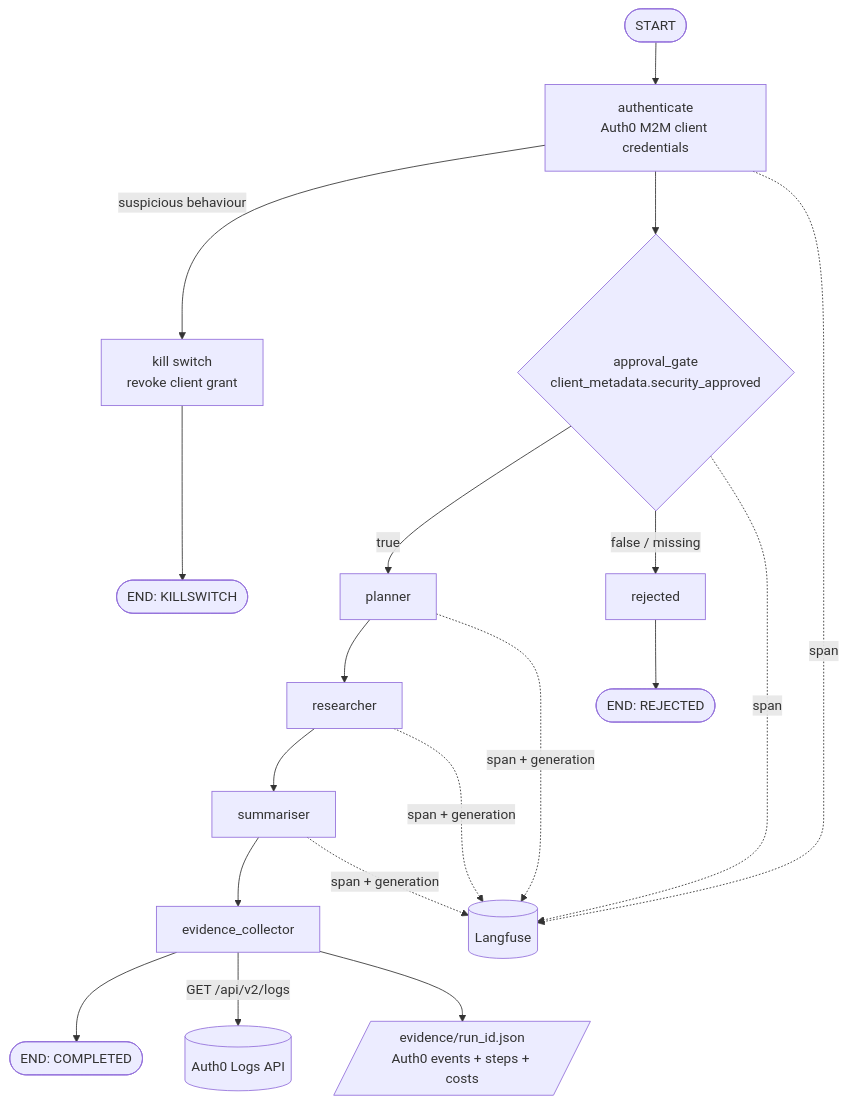
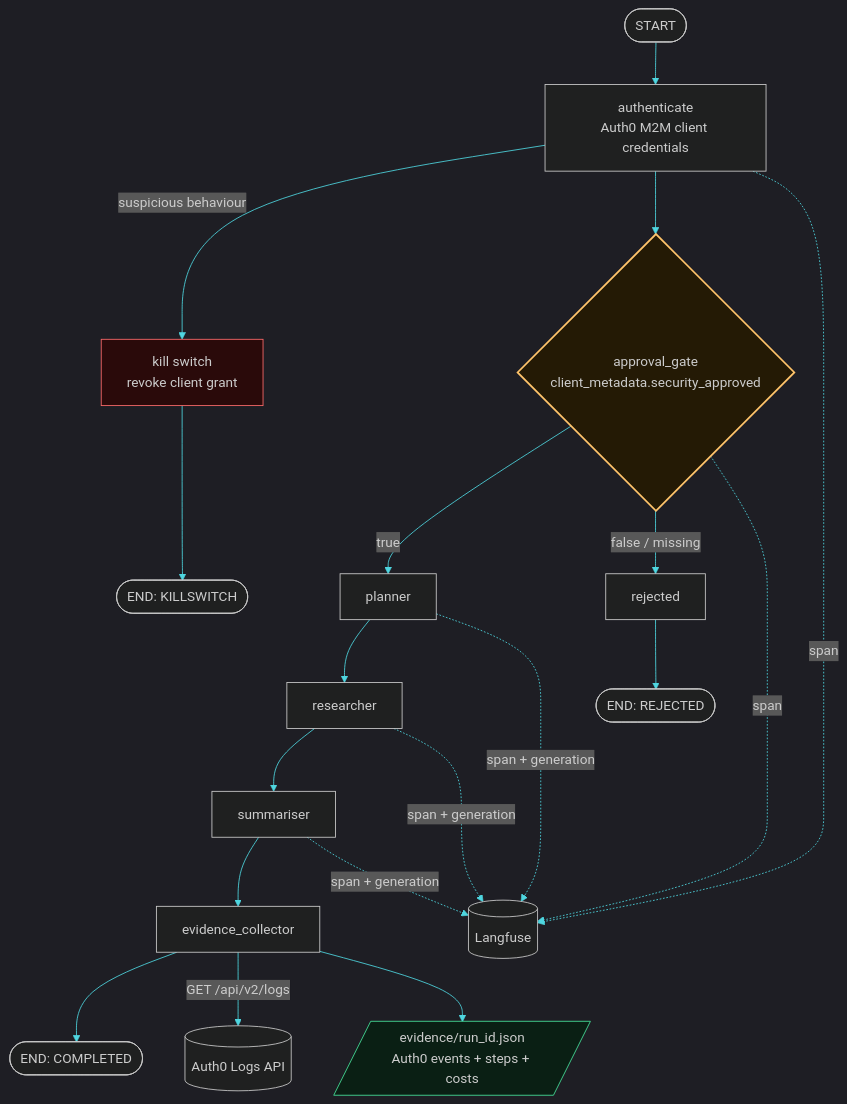
Before and after one commit to mailtotanvir/Agent-Identity: the diagram in README.md, drawn with Mermaid. The commit also changed other lines of this file, not shown here.

Commit message:
Polish README: badges, thesis, governance table, dark Mermaid, repo map

````diff
--- a/README.md
+++ b/README.md
@@ -16,15 +40,20 @@
 ```mermaid
+%%{init: {'theme':'dark', 'themeVariables': {'primaryColor':'#0A161A','primaryBorderColor':'#4FD6E0','primaryTextColor':'#E6EDF3','lineColor':'#4FD6E0','clusterBkg':'#05090B'}}}%%
 flowchart TD
     S([START]) --> A[authenticate<br/>Auth0 M2M client credentials]
-    A -->|suspicious behaviour| K[kill switch<br/>revoke client grant] --> E1([END: KILLSWITCH])
+    A -->|suspicious behaviour| K[kill switch<br/>revoke client grant]
+    K --> E1([END: KILLSWITCH])
     A --> G{approval_gate<br/>client_metadata.security_approved}
     G -->|true| P[planner] --> R[researcher] --> SU[summariser] --> EC[evidence_collector] --> E2([END: COMPLETED])
     G -->|false / missing| RJ[rejected] --> E3([END: REJECTED])
     EC -->|GET /api/v2/logs| AL[(Auth0 Logs API)]
     A -.span.-> LF[(Langfuse)]
     G -.span.-> LF
     P -.span + generation.-> LF
     R -.span + generation.-> LF
     SU -.span + generation.-> LF
     EC --> EV[/evidence/run_id.json<br/>Auth0 events + steps + costs/]
+    style G fill:#241a05,stroke:#FFC46B,stroke-width:2px
+    style K fill:#2a0a0a,stroke:#ff6b6b
+    style EV fill:#0a1f14,stroke:#46E39B
 ```
````
